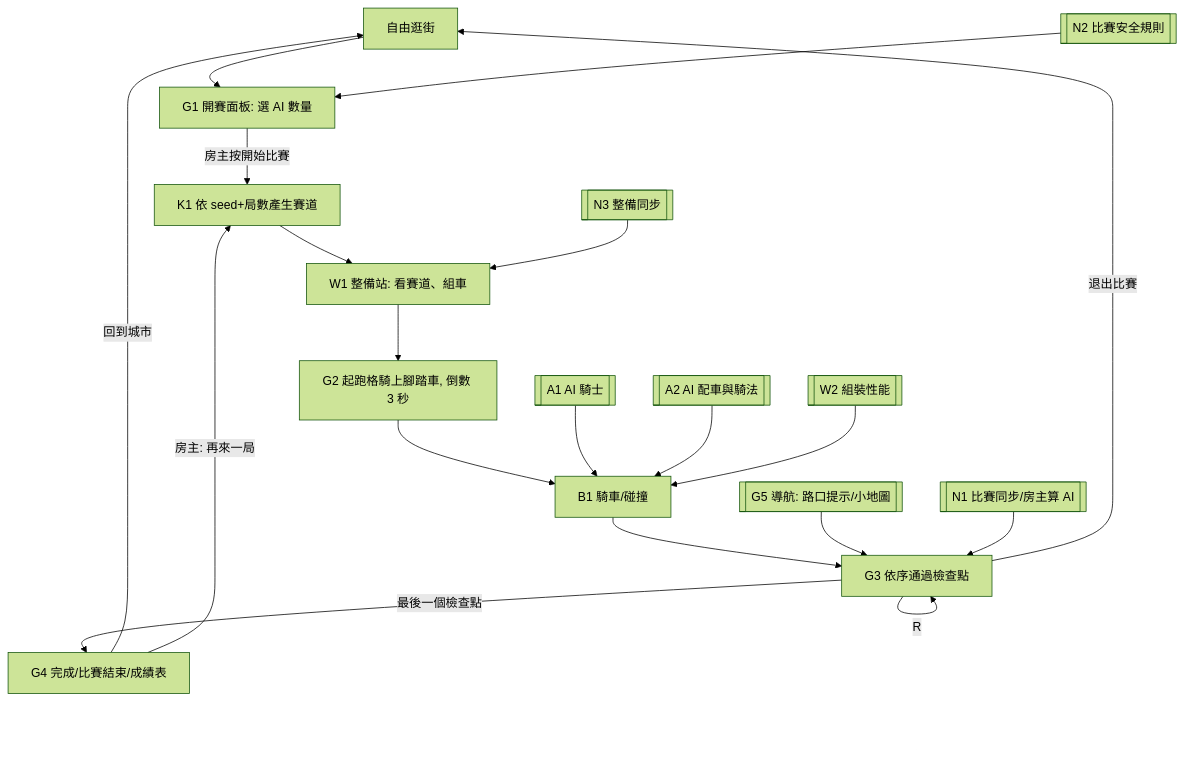
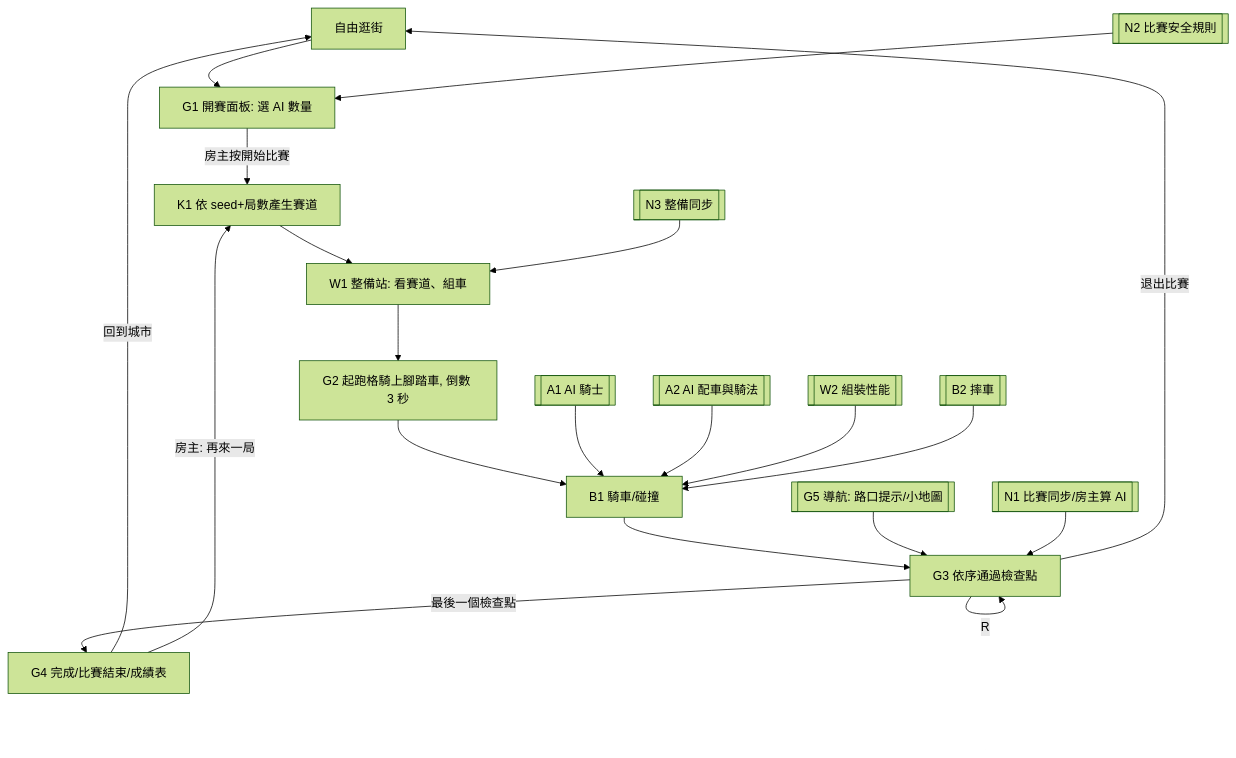
The second of 2 diagrams in docs/spec/01-flow.md (yanchen184/taipei-bike), drawn with Mermaid (forest theme) before and after one commit. The commit also changed other lines of this file and 23 other files, not shown here.

````diff
--- a/docs/spec/01-flow.md
+++ b/docs/spec/01-flow.md
@@ -83,22 +83,23 @@
 ```mermaid
 flowchart TD
   F[自由逛街] --> G1[G1 開賽面板: 選 AI 數量]
   G1 -->|房主按開始比賽| K1[K1 依 seed+局數產生賽道]
   K1 --> W1[W1 整備站: 看賽道、組車]
   W1 --> G2[G2 起跑格騎上腳踏車, 倒數 3 秒]
   G2 --> B1[B1 騎車/碰撞]
   B1 --> G3[G3 依序通過檢查點]
   G3 -->|R| G3
   G5[[G5 導航: 路口提示/小地圖]] --> G3
   G3 -->|最後一個檢查點| G4[G4 完成/比賽結束/成績表]
   G4 -->|回到城市| F
   G4 -->|房主: 再來一局| K1
   G3 -->|退出比賽| F
 
   A1[[A1 AI 騎士]] --> B1
   A2[[A2 AI 配車與騎法]] --> B1
   W2[[W2 組裝性能]] --> B1
+  B2[[B2 摔車]] --> B1
   N3[[N3 整備同步]] --> W1
   N1[[N1 比賽同步/房主算 AI]] --> G3
   N2[[N2 比賽安全規則]] --> G1
 ```
````
